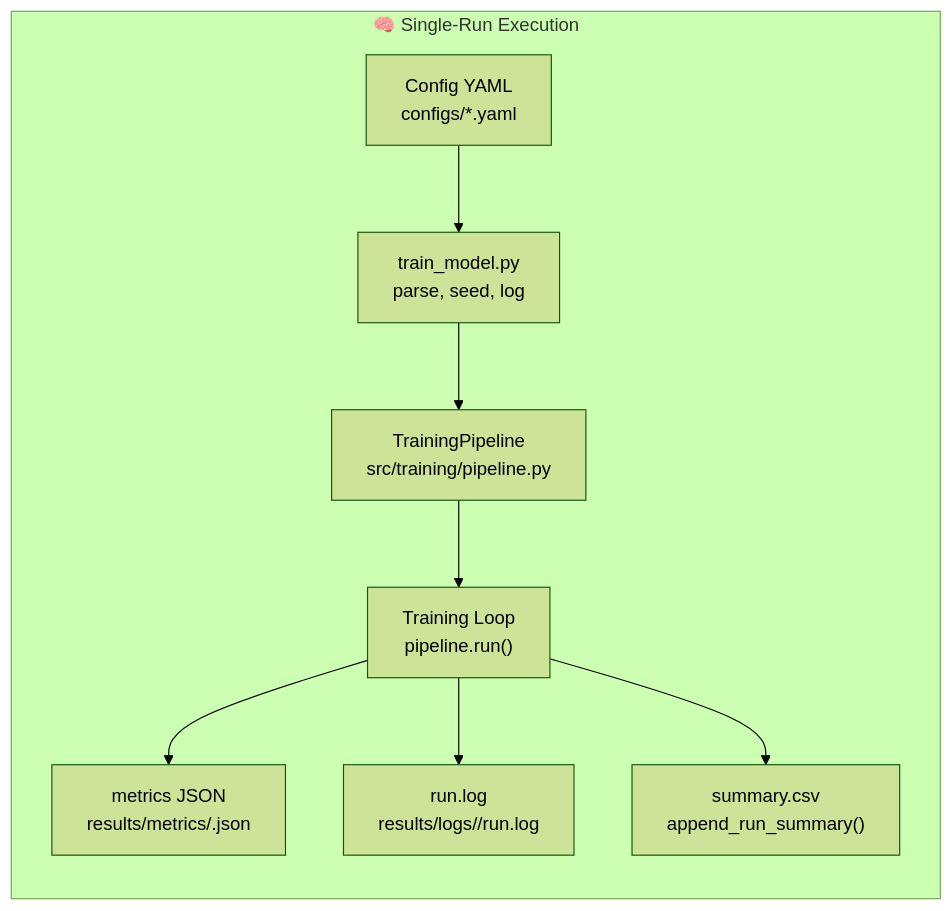
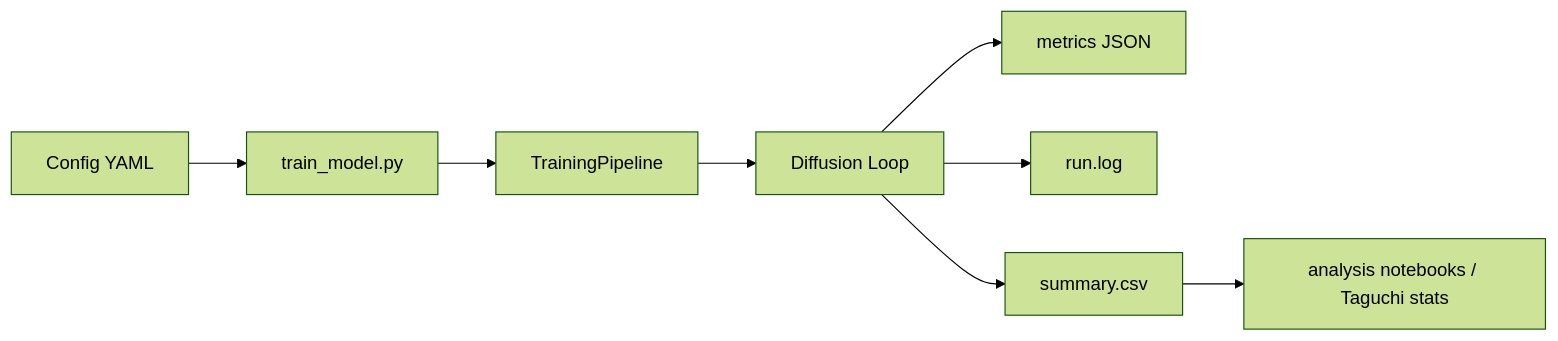
Before and after one commit to benschneider/spectral-diffusion: the second of 5 diagrams in README.md, drawn with Mermaid (forest theme). The commit also changed other lines of this file and 3 other files, not shown here.

Commit message:
feat: Update README with enhanced overview, add key metrics, and refine experimental design; improve TODOs and model structure for diffusion training

````diff
--- a/README.md
+++ b/README.md
@@ -125,11 +127,10 @@
 ```mermaid
 flowchart LR
-    subgraph Execution["🧠 Single-Run Execution"]
-        A["Config YAML<br/>configs/*.yaml"] --> B["train_model.py<br/>parse, seed, log"]
-        B --> C["TrainingPipeline<br/>src/training/pipeline.py"]
-        C --> D["Training Loop<br/>pipeline.run()"]
-        D --> E["metrics JSON<br/>results/metrics/<run_id>.json"]
-        D --> F["run.log<br/>results/logs/<run_id>/run.log"]
-        D --> G["summary.csv<br/>append_run_summary()"]
-    end
+    A["Config YAML"] --> B["train_model.py"]
+    B --> C["TrainingPipeline"]
+    C --> D["Diffusion Loop"]
+    D --> E["metrics JSON"]
+    D --> F["run.log"]
+    D --> G["summary.csv"]
+    G --> H["analysis notebooks / Taguchi stats"]
 ```
````
